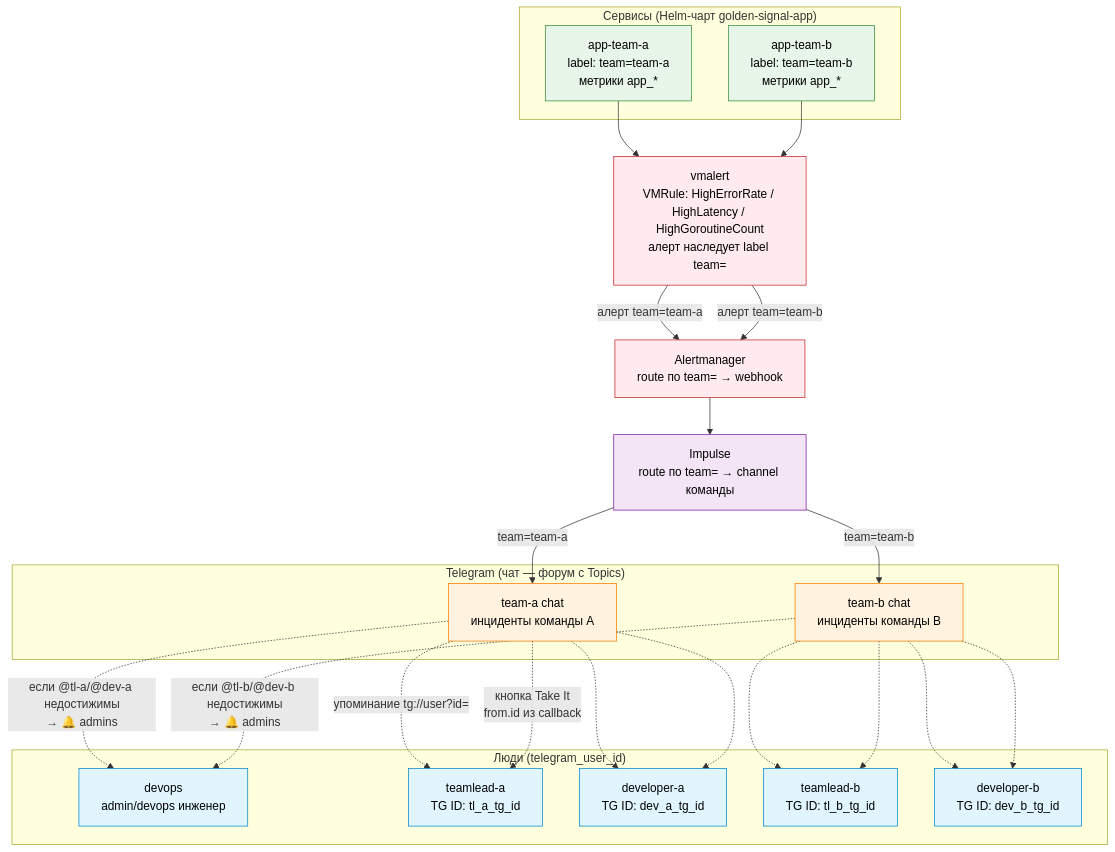
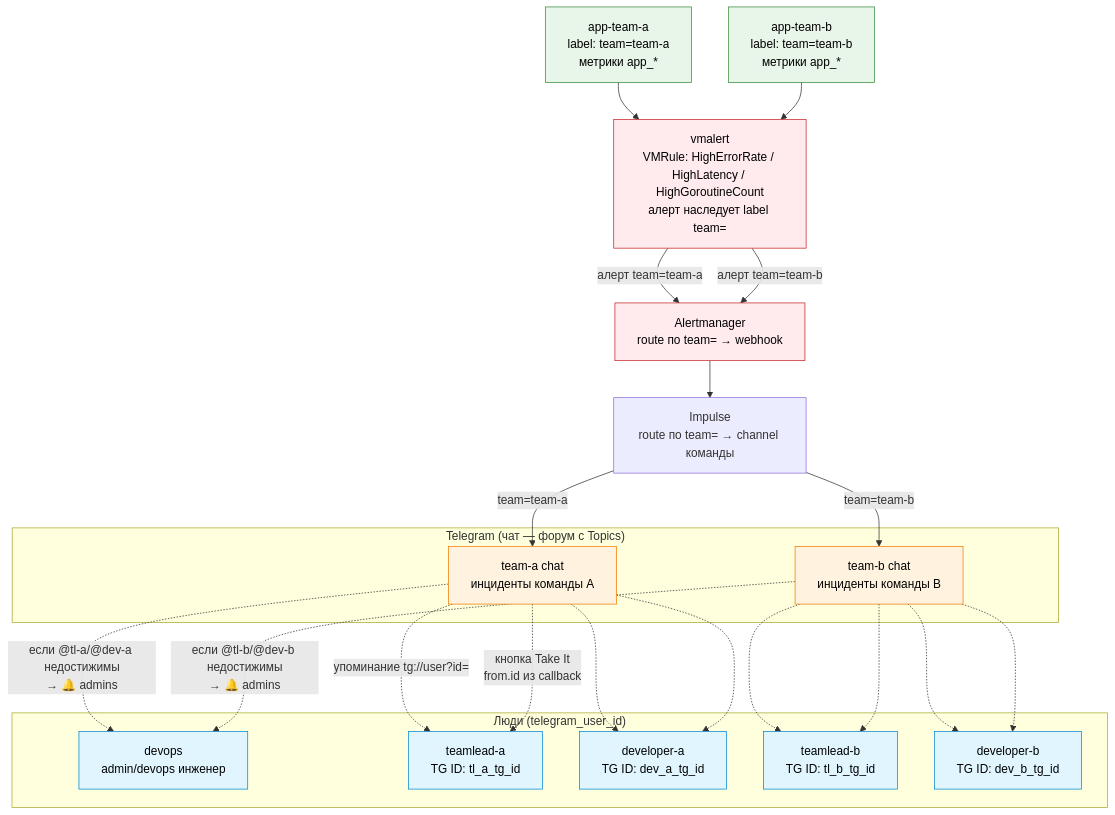
One commit to patsevanton/alert-templates-helm-vmalert-impulse changed the diagram in SCHEME.md. Above: the diagram before and after it, drawn with Mermaid. The commit also changed other lines of this file, not shown here.

Commit message:
Drop subgraph Apps from SCHEME.md to fix right-shift in dagre layout

````diff
--- a/SCHEME.md
+++ b/SCHEME.md
@@ -5,56 +5,53 @@
 ```mermaid
 flowchart TD
-    subgraph Apps["Сервисы (Helm-чарт golden-signal-app)"]
-        APPA["app-team-a<br/>label: team=team-a<br/>метрики app_*"]
-        APPB["app-team-b<br/>label: team=team-b<br/>метрики app_*"]
-    end
+    APPA["app-team-a<br/>label: team=team-a<br/>метрики app_*"]
+    APPB["app-team-b<br/>label: team=team-b<br/>метрики app_*"]
 
     VMALERT["vmalert<br/>VMRule: HighErrorRate / HighLatency / HighGoroutineCount<br/>алерт наследует label team="]
     AM["Alertmanager<br/>route по team= → webhook"]
     IMPULSE["Impulse<br/>route по team= → channel команды"]
     subgraph Telegram["Telegram (чат — форум с Topics)"]
         CHATA["team-a chat<br/>инциденты команды A"]
         CHATB["team-b chat<br/>инциденты команды B"]
     end
 
     subgraph People["Люди (telegram_user_id)"]
         DEVOPS["devops<br/>admin/devops инженер"]
         TLA["teamlead-a<br/>TG ID: tl_a_tg_id"]
         DEVA["developer-a<br/>TG ID: dev_a_tg_id"]
         TLB["teamlead-b<br/>TG ID: tl_b_tg_id"]
         DEVB["developer-b<br/>TG ID: dev_b_tg_id"]
     end
 
     APPA --> VMALERT
     APPB --> VMALERT
     VMALERT -->|"алерт team=team-a"| AM
     VMALERT -->|"алерт team=team-b"| AM
     AM --> IMPULSE
     IMPULSE -->|"team=team-a"| CHATA
     IMPULSE -->|"team=team-b"| CHATB
 
     CHATA -.->|"упоминание tg://user?id="| TLA
     CHATA -.-> DEVA
     CHATB -.-> TLB
     CHATB -.-> DEVB
 
     CHATA -.->|"кнопка Take It<br/>from.id из callback"| TLA
     CHATA -.-> DEVA
     CHATB -.-> TLB
     CHATB -.-> DEVB
 
     CHATA -.->|"если @tl-a/@dev-a недостижимы<br/>→ 🔔 admins"| DEVOPS
     CHATB -.->|"если @tl-b/@dev-b недостижимы<br/>→ 🔔 admins"| DEVOPS
 
     classDef app fill:#e8f5e9,stroke:#388e3c,color:#000
     classDef alert fill:#ffebee,stroke:#c62828,color:#000
     classDef impulse fill:#f3e5f5,stroke:#7b1fa2,color:#000
     classDef chat fill:#fff3e0,stroke:#f57c00,color:#000
     classDef person fill:#e1f5ff,stroke:#0288d1,color:#000
 
     class APPA,APPB app
     class VMALERT,AM alert
-    class IMPULSE impulse
     class CHATA,CHATB chat
     class DEVOPS,TLA,DEVA,TLB,DEVB person
 ```
````
